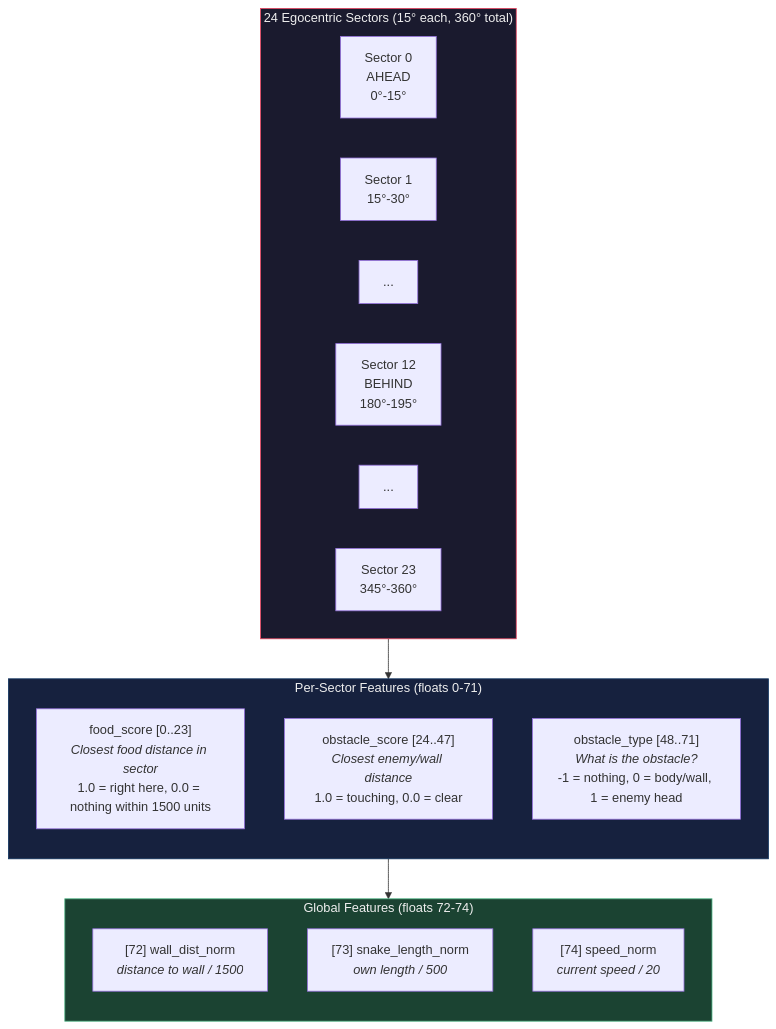
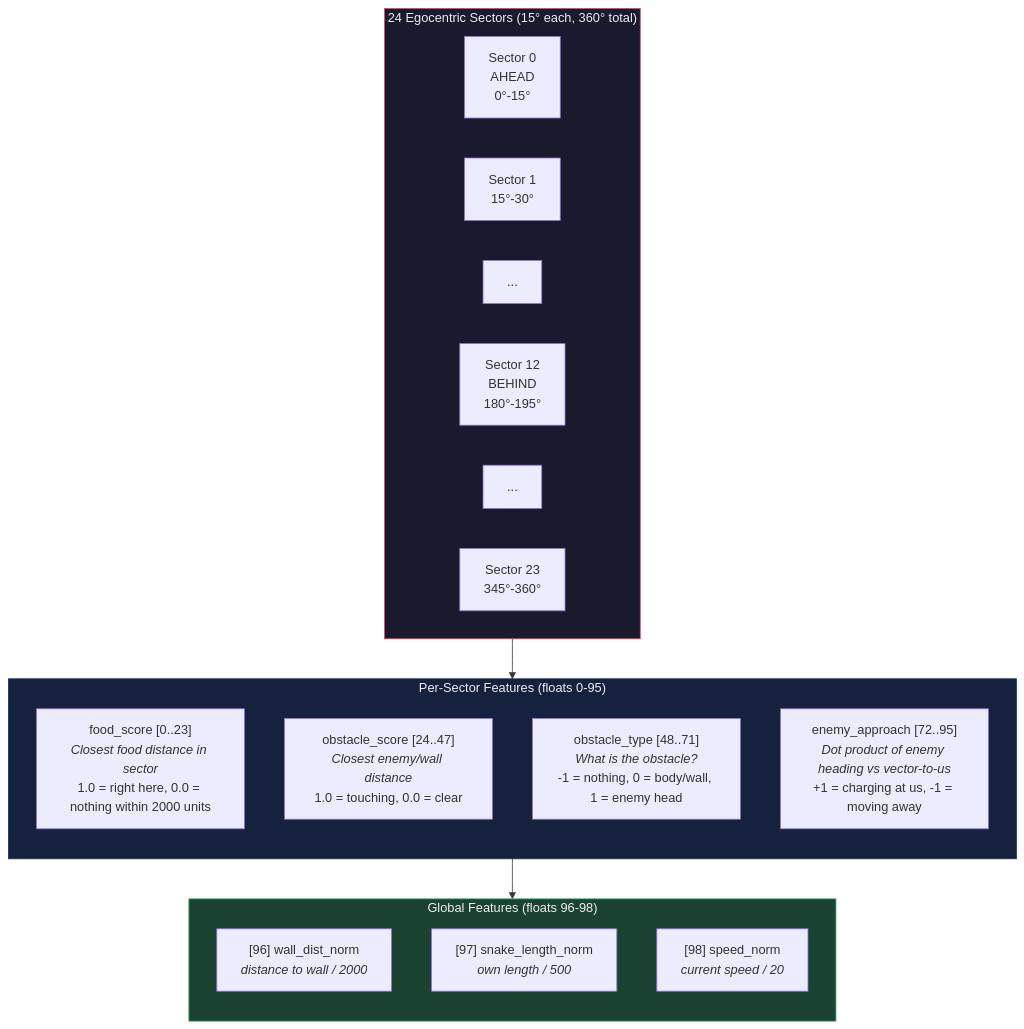
The third of 3 diagrams in gen2/README.md (dzaczek/slbot), drawn with Mermaid before and after one commit. The commit also changed other lines of this file and 11 other files, not shown here.

````diff
--- a/gen2/README.md
+++ b/gen2/README.md
@@ -219,33 +222,34 @@
 ```mermaid
 graph TB
     subgraph SECTORS ["24 Egocentric Sectors (15° each, 360° total)"]
         direction LR
         S0["Sector 0<br/>AHEAD<br/>0°-15°"]
         S1["Sector 1<br/>15°-30°"]
         SD["..."]
         S12["Sector 12<br/>BEHIND<br/>180°-195°"]
         SD2["..."]
         S23["Sector 23<br/>345°-360°"]
     end
 
-    subgraph PERFEATURE ["Per-Sector Features (floats 0-71)"]
+    subgraph PERFEATURE ["Per-Sector Features (floats 0-95)"]
         direction TB
-        FS["food_score [0..23]<br/><i>Closest food distance in sector</i><br/>1.0 = right here, 0.0 = nothing within 1500 units"]
+        FS["food_score [0..23]<br/><i>Closest food distance in sector</i><br/>1.0 = right here, 0.0 = nothing within 2000 units"]
         OS["obstacle_score [24..47]<br/><i>Closest enemy/wall distance</i><br/>1.0 = touching, 0.0 = clear"]
         OT["obstacle_type [48..71]<br/><i>What is the obstacle?</i><br/>-1 = nothing, 0 = body/wall, 1 = enemy head"]
+        EA["enemy_approach [72..95]<br/><i>Dot product of enemy heading vs vector-to-us</i><br/>+1 = charging at us, -1 = moving away"]
     end
 
-    subgraph GLOBALS ["Global Features (floats 72-74)"]
+    subgraph GLOBALS ["Global Features (floats 96-98)"]
         direction TB
-        G1["[72] wall_dist_norm<br/><i>distance to wall / 1500</i>"]
-        G2["[73] snake_length_norm<br/><i>own length / 500</i>"]
-        G3["[74] speed_norm<br/><i>current speed / 20</i>"]
+        G1["[96] wall_dist_norm<br/><i>distance to wall / 2000</i>"]
+        G2["[97] snake_length_norm<br/><i>own length / 500</i>"]
+        G3["[98] speed_norm<br/><i>current speed / 20</i>"]
     end
 
     SECTORS --> PERFEATURE
     PERFEATURE --> GLOBALS
 
     style SECTORS fill:#1a1a2e,stroke:#e94560,color:#eee
     style PERFEATURE fill:#16213e,stroke:#0f3460,color:#eee
     style GLOBALS fill:#1b4332,stroke:#52b788,color:#eee
 ```
````
